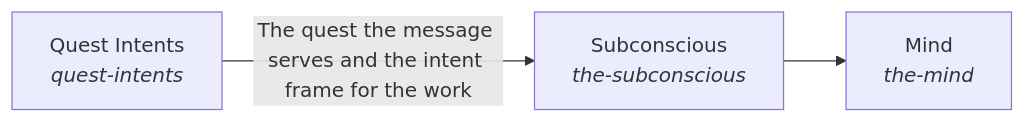
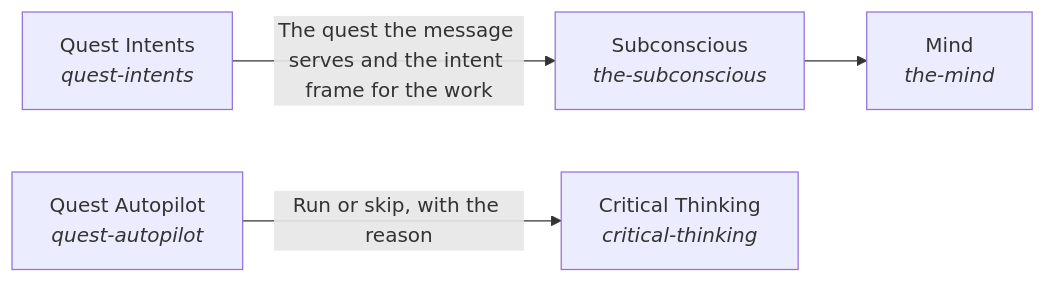
Before and after one commit to SpiritualData/quest-ai-runner: the diagram in quest_ai_runner/the_intelligence/README.md, drawn with Mermaid. The commit also changed other lines of this file and 100 other files, not shown here.

````diff
--- a/quest_ai_runner/the_intelligence/README.md
+++ b/quest_ai_runner/the_intelligence/README.md
@@ -17,8 +17,11 @@
 ```mermaid
 flowchart LR
     s0["Subconscious<br/><i>the-subconscious</i>"]
     s1["Mind<br/><i>the-mind</i>"]
-    s2["Quest Intents<br/><i>quest-intents</i>"]
+    s2["Critical Thinking<br/><i>critical-thinking</i>"]
+    s3["Quest Autopilot<br/><i>quest-autopilot</i>"]
+    s4["Quest Intents<br/><i>quest-intents</i>"]
     s0 --> s1
-    s2 -->|"The quest the message serves and the intent frame for the work"| s0
+    s3 -->|"Run or skip, with the reason"| s2
+    s4 -->|"The quest the message serves and the intent frame for the work"| s0
 ```
````
